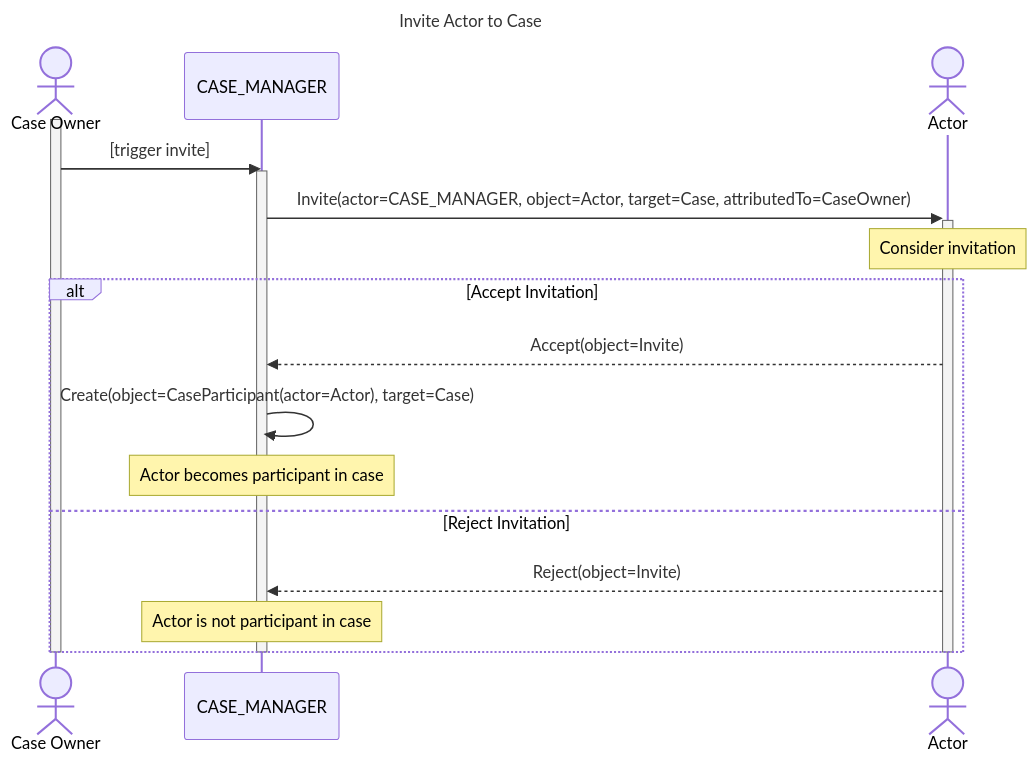
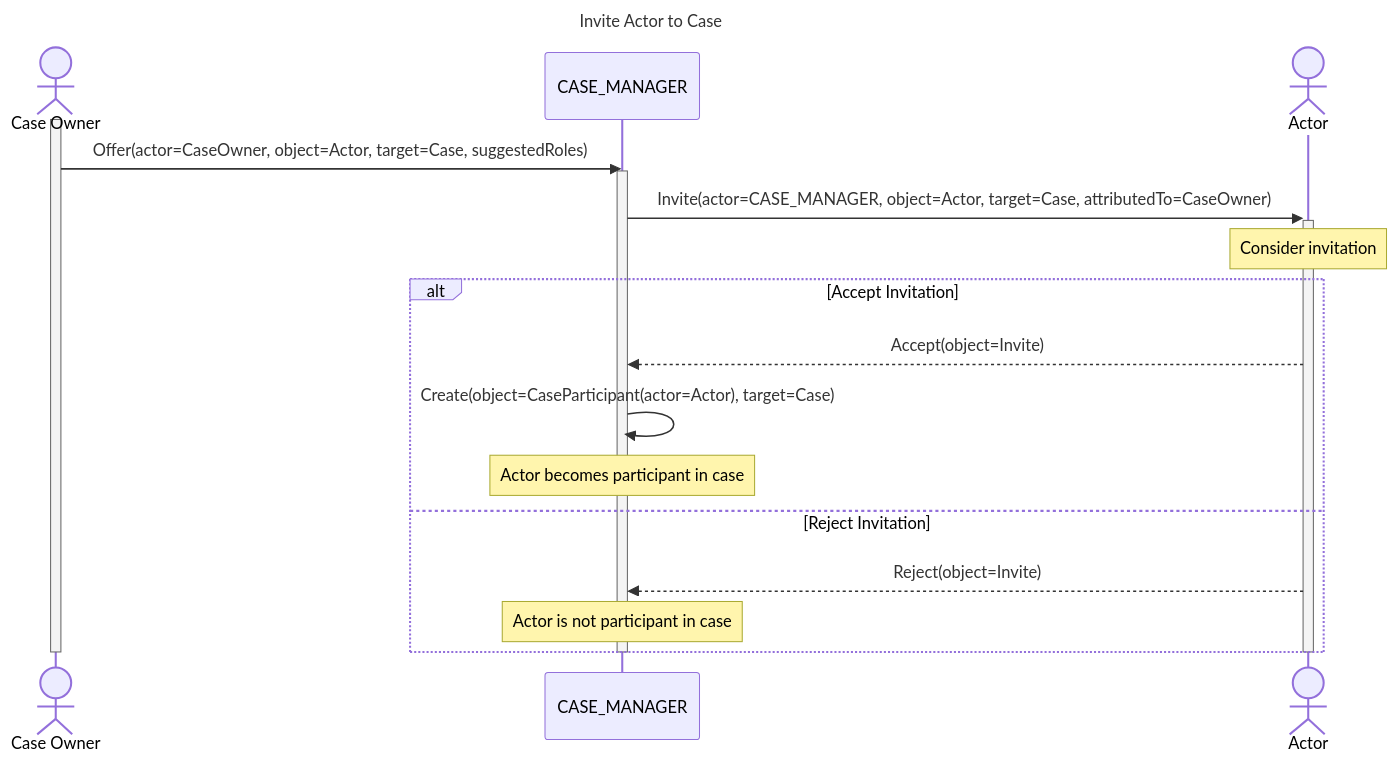
The diagram in docs/howto/activitypub/activities/invite_actor.md (CERTCC/Vultron), drawn with Mermaid before and after one commit. The commit also changed other lines of this file, not shown here.

First line of the commit message:
docs(invite): the owner's invite is an Offer to the CASE_MANAGER (#3821)

````diff
--- a/docs/howto/activitypub/activities/invite_actor.md
+++ b/docs/howto/activitypub/activities/invite_actor.md
@@ -30,25 +31,25 @@
 ```mermaid
 ---
 title: Invite Actor to Case
 ---
 sequenceDiagram
     actor O as Case Owner
     participant CA as CASE_MANAGER
     actor A as Actor
     activate O
-    O ->> CA: [trigger invite]
+    O ->> CA: Offer(actor=CaseOwner, object=Actor, target=Case, suggestedRoles)
     activate CA
     CA ->>+ A: Invite(actor=CASE_MANAGER, object=Actor, target=Case, attributedTo=CaseOwner)
     note over A: Consider invitation
     alt Accept Invitation
         A -->> CA: Accept(object=Invite)
         CA ->> CA: Create(object=CaseParticipant(actor=Actor), target=Case)
         note over CA: Actor becomes participant in case
     else Reject Invitation
         A -->> CA: Reject(object=Invite)
         note over CA: Actor is not participant in case
     end
     deactivate A
     deactivate CA
     deactivate O
 ```
````
